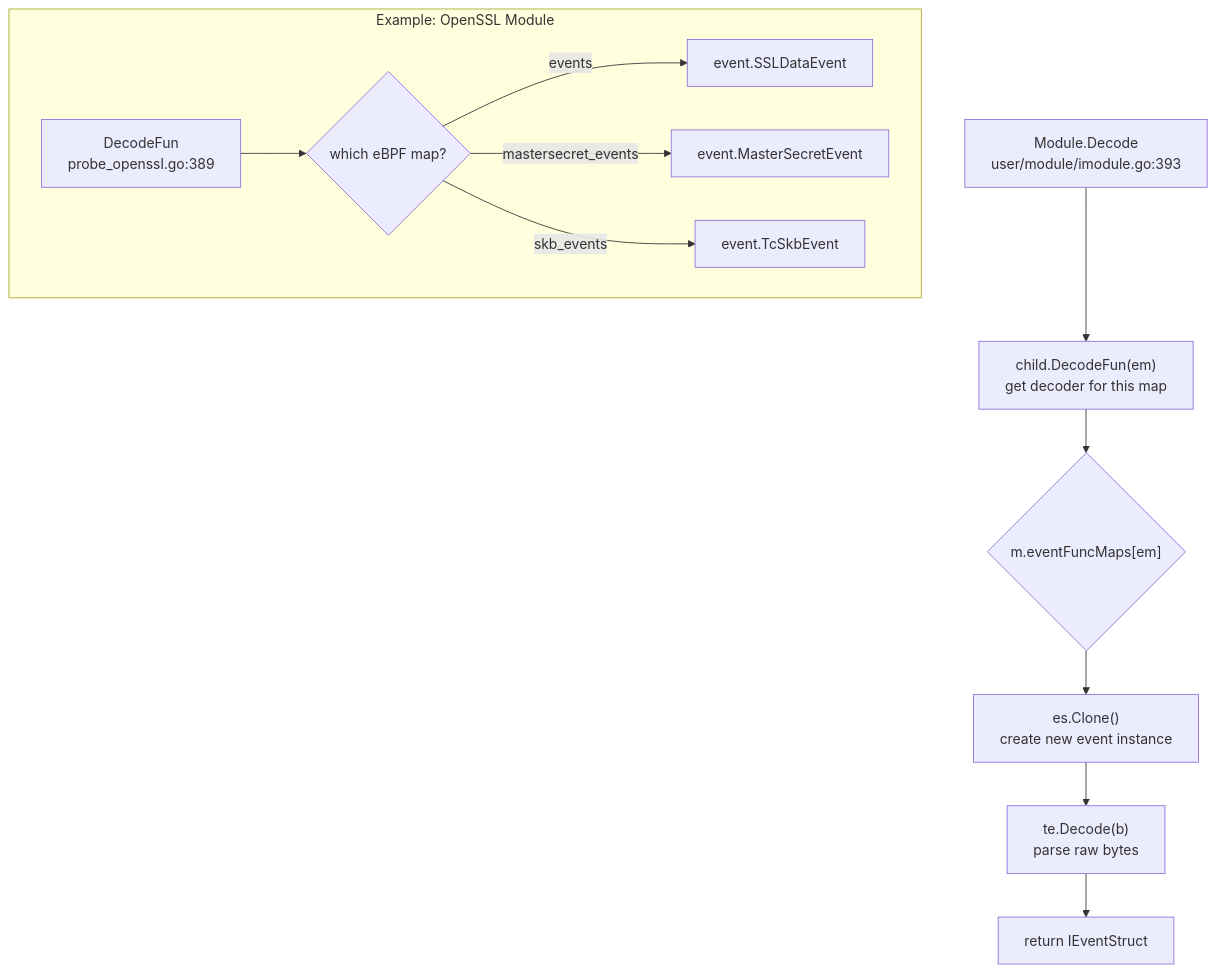
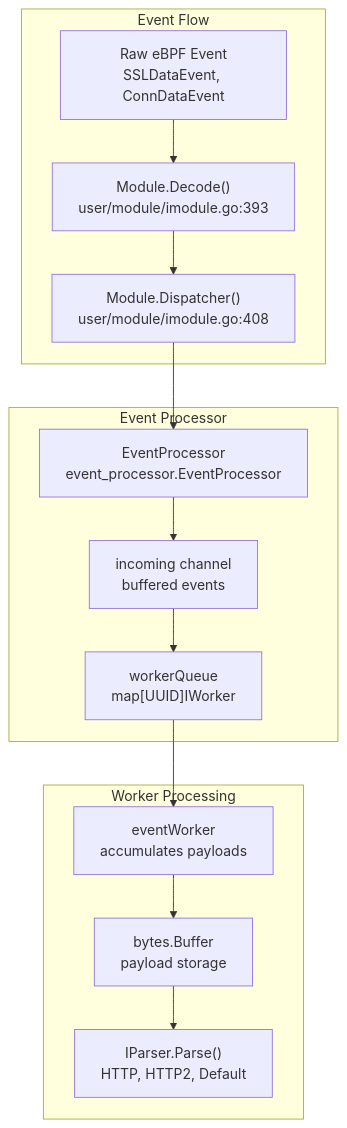
One commit to gojue/ecapture.cc changed the sixth of 7 diagrams in src/en/2-architecture/index.md. Above: the diagram before and after it, drawn with Mermaid. The commit also changed other lines of this file and 115 other files, not shown here.

````diff
--- a/src/en/2-architecture/index.md
+++ b/src/en/2-architecture/index.md
@@ -810,17 +358,29 @@
 ```mermaid
 graph TB
-    ModuleDecode["Module.Decode<br/>user/module/imodule.go:393"] --> DecodeFun["child.DecodeFun(em)<br/>get decoder for this map"]
+    subgraph "Event Flow"
+        RawEvent["Raw eBPF Event<br/>SSLDataEvent, ConnDataEvent"]
+        Decoder["Module.Decode()<br/>user/module/imodule.go:393"]
+        Dispatcher["Module.Dispatcher()<br/>user/module/imodule.go:408"]
+    end
     
-    DecodeFun --> EventStructMap{"m.eventFuncMaps[em]"}
-    EventStructMap --> CloneStruct["es.Clone()<br/>create new event instance"]
+    subgraph "Event Processor"
+        EP["EventProcessor<br/>event_processor.EventProcessor"]
+        IncomingChan["incoming channel<br/>buffered events"]
+        WorkerQueue["workerQueue<br/>map[UUID]IWorker"]
+    end
     
-    CloneStruct --> DecodeBytes["te.Decode(b)<br/>parse raw bytes"]
-    DecodeBytes --> ReturnEvent["return IEventStruct"]
+    subgraph "Worker Processing"
+        Worker["eventWorker<br/>accumulates payloads"]
+        Buffer["bytes.Buffer<br/>payload storage"]
+        Parser["IParser.Parse()<br/>HTTP, HTTP2, Default"]
+    end
     
-    subgraph "Example: OpenSSL Module"
-        OpensslDecodeFun["DecodeFun<br/>probe_openssl.go:389"] --> CheckMap{"which eBPF map?"}
-        CheckMap -->|events| SSLDataDecoder["event.SSLDataEvent"]
-        CheckMap -->|mastersecret_events| MasterSecretDecoder["event.MasterSecretEvent"]
-        CheckMap -->|skb_events| TcSkbDecoder["event.TcSkbEvent"]
-    end
+    RawEvent --> Decoder
+    Decoder --> Dispatcher
+    Dispatcher --> EP
+    EP --> IncomingChan
+    IncomingChan --> WorkerQueue
+    WorkerQueue --> Worker
+    Worker --> Buffer
+    Buffer --> Parser
 ```
````
